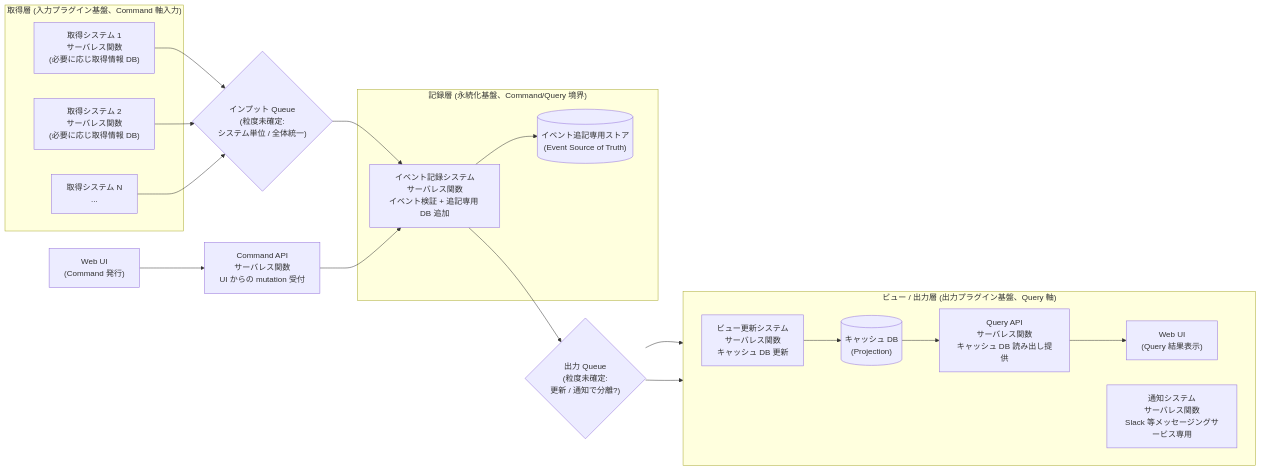
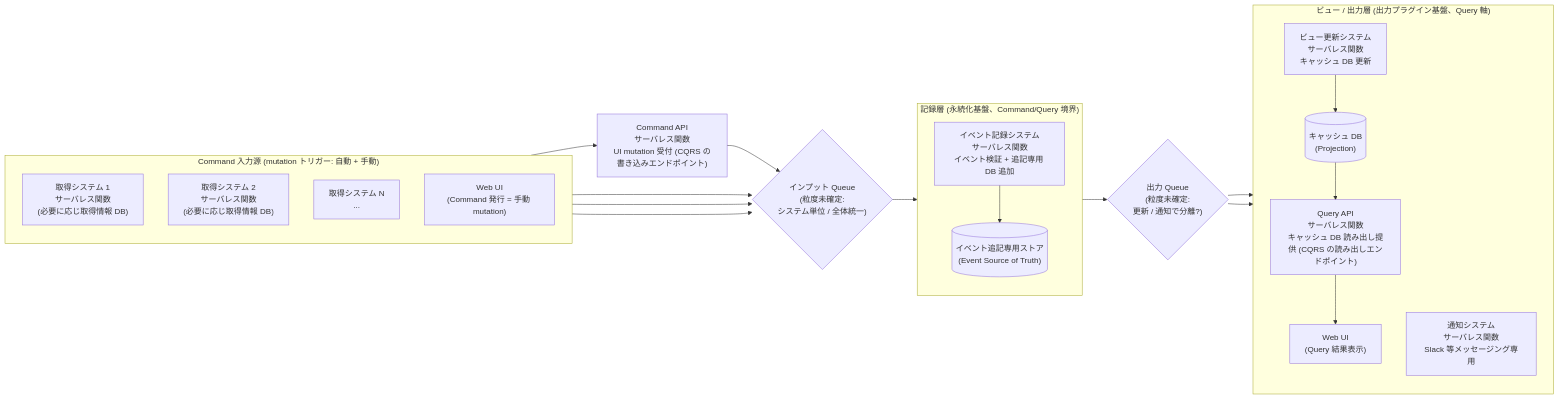
One commit to totto2727-org/monorepo changed the diagram in docs/roadmap/feed-platform/design-hint.md. Above: the diagram before and after it, drawn with Mermaid. The commit also changed other lines of this file and 1 other file, not shown here.

First line of the commit message:
docs(dev-roadmap/feed-platform): reorganize CQRS flow with unified Command 入力源

````diff
--- a/docs/roadmap/feed-platform/design-hint.md
+++ b/docs/roadmap/feed-platform/design-hint.md
@@ -23,43 +27,45 @@
 ```mermaid
 flowchart LR
-  subgraph 取得層 ["取得層 (入力プラグイン基盤、Command 軸入力)"]
+  subgraph CMDIN ["Command 入力源 (mutation トリガー: 自動 + 手動)"]
+    direction TB
     A1["取得システム 1<br/>サーバレス関数<br/>(必要に応じ取得情報 DB)"]
     A2["取得システム 2<br/>サーバレス関数<br/>(必要に応じ取得情報 DB)"]
     AN["取得システム N<br/>..."]
+    UI_CMD["Web UI<br/>(Command 発行 = 手動 mutation)"]
   end
 
-  UI_CMD["Web UI<br/>(Command 発行)"]
-  CMDAPI["Command API<br/>サーバレス関数<br/>UI からの mutation 受付"]
+  CMDAPI["Command API<br/>サーバレス関数<br/>UI mutation 受付 (CQRS の書き込みエンドポイント)"]
 
   IQ{"インプット Queue<br/>(粒度未確定:<br/>システム単位 / 全体統一)"}
 
-  subgraph 記録層 ["記録層 (永続化基盤、Command/Query 境界)"]
+  subgraph REC ["記録層 (永続化基盤、Command/Query 境界)"]
+    direction TB
     ER["イベント記録システム<br/>サーバレス関数<br/>イベント検証 + 追記専用 DB 追加"]
     ES[("イベント追記専用ストア<br/>(Event Source of Truth)")]
   end
 
   OQ{"出力 Queue<br/>(粒度未確定:<br/>更新 / 通知で分離?)"}
 
-  subgraph ビュー出力層 ["ビュー / 出力層 (出力プラグイン基盤、Query 軸)"]
-    direction LR
+  subgraph OUT ["ビュー / 出力層 (出力プラグイン基盤、Query 軸)"]
+    direction TB
     VU["ビュー更新システム<br/>サーバレス関数<br/>キャッシュ DB 更新"]
+    NT["通知システム<br/>サーバレス関数<br/>Slack 等メッセージング専用"]
     VC[("キャッシュ DB<br/>(Projection)")]
-    QUERYAPI["Query API<br/>サーバレス関数<br/>キャッシュ DB 読み出し提供"]
+    QUERYAPI["Query API<br/>サーバレス関数<br/>キャッシュ DB 読み出し提供 (CQRS の読み出しエンドポイント)"]
     UI_QRY["Web UI<br/>(Query 結果表示)"]
-    NT["通知システム<br/>サーバレス関数<br/>Slack 等メッセージングサービス専用"]
   end
 
   A1 --> IQ
   A2 --> IQ
   AN --> IQ
+  UI_CMD --> CMDAPI
+  CMDAPI --> IQ
   IQ --> ER
-  UI_CMD --> CMDAPI
-  CMDAPI --> ER
   ER --> ES
   ER --> OQ
   OQ --> VU
   OQ --> NT
   VU --> VC
   VC --> QUERYAPI
   QUERYAPI --> UI_QRY
 ```
````
